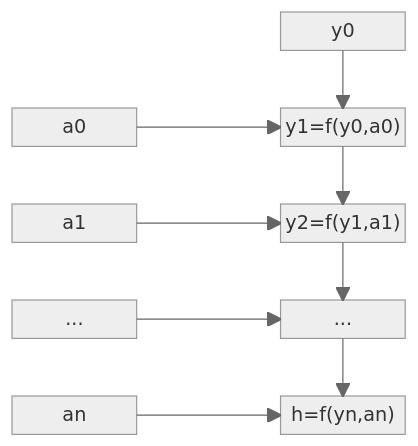
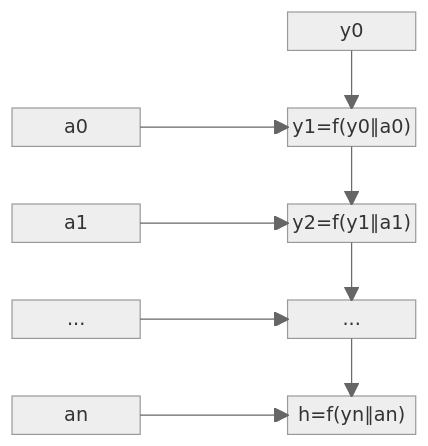
The diagram in notes/hash.md (sergey-shandar/public), drawn with Mermaid (neutral theme) before and after one commit.

````diff
--- a/notes/hash.md
+++ b/notes/hash.md
@@ -24,21 +24,21 @@
 ```mermaid
 block-beta
   columns 3
   space     space y0
   space:3
-  a0        space y1["y1=f(y0,a0)"]
+  a0        space y1["y1=f(y0∥a0)"]
   space:3
-  a1        space y2["y2=f(y1,a1)"]
+  a1        space y2["y2=f(y1∥a1)"]
   space:3
   ai["..."] space yi["..."]
   space:3
-  an        space h["h=f(yn,an)"]
+  an        space h["h=f(yn∥an)"]
   y0-->y1
   a0-->y1
   y1-->y2
   a1-->y2
   y2-->yi
   ai-->yi
   yi-->h
   an-->h
 ```
````
